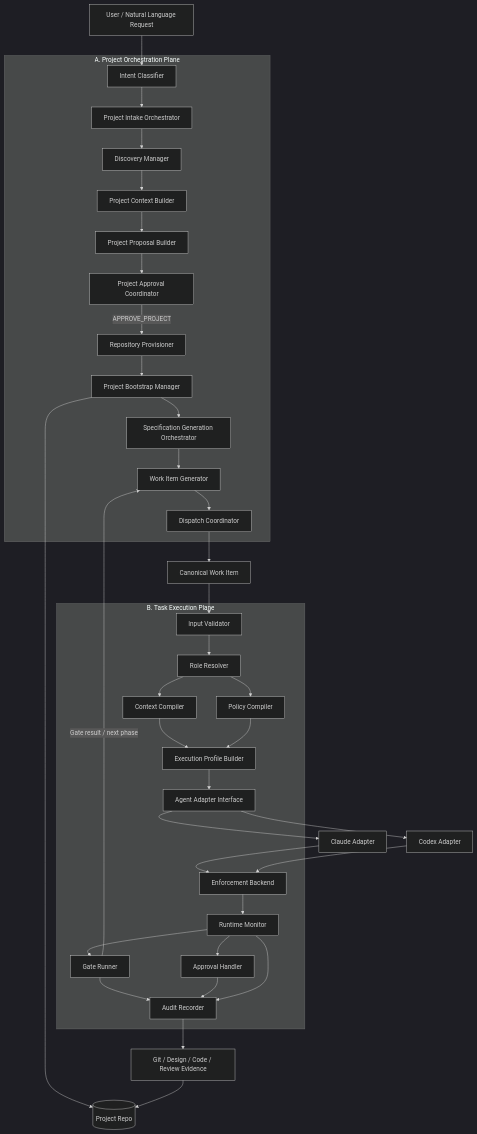
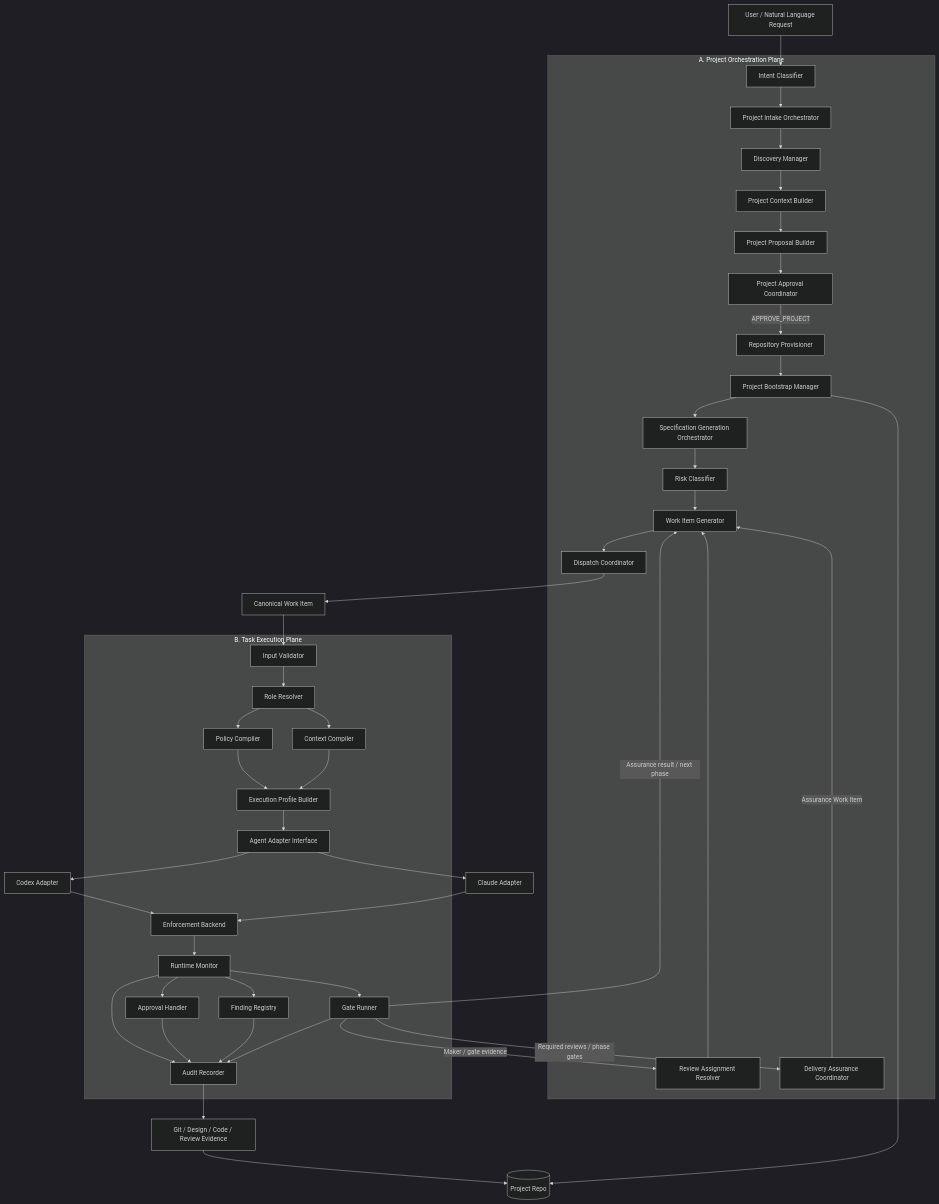
One commit to ivan-tsai1207/ai-system-delivery-framework changed the diagram in docs/harness_implementation_architecture.md. Above: the diagram before and after it, drawn with Mermaid (dark theme). The commit also changed other lines of this file and 30 other files, not shown here.

````diff
--- a/docs/harness_implementation_architecture.md
+++ b/docs/harness_implementation_architecture.md
@@ -37,62 +37,70 @@
 ```mermaid
 flowchart TD
     U["User / Natural Language Request"]
 
     subgraph OP["A. Project Orchestration Plane"]
         IC["Intent Classifier"]
         PIO["Project Intake Orchestrator"]
         DM["Discovery Manager"]
         PCB["Project Context Builder"]
         PPB["Project Proposal Builder"]
         PAC["Project Approval Coordinator"]
         RP["Repository Provisioner"]
         PBM["Project Bootstrap Manager"]
         SGO["Specification Generation Orchestrator"]
+        RC["Risk Classifier"]
         WIG["Work Item Generator"]
+        RAR["Review Assignment Resolver"]
+        DAC["Delivery Assurance Coordinator"]
         DC["Dispatch Coordinator"]
     end
 
     PR[("Project Repo")]
     WI["Canonical Work Item"]
 
     subgraph TP["B. Task Execution Plane"]
         IV["Input Validator"]
         RR["Role Resolver"]
         CC["Context Compiler"]
         PC["Policy Compiler"]
         EPB["Execution Profile Builder"]
         AA["Agent Adapter Interface"]
         ENF["Enforcement Backend"]
         RM["Runtime Monitor"]
         GR["Gate Runner"]
+        FR["Finding Registry"]
         AH["Approval Handler"]
         AR["Audit Recorder"]
     end
 
     CA["Claude Adapter"]
     CO["Codex Adapter"]
     OUT["Git / Design / Code / Review Evidence"]
 
     U --> IC --> PIO --> DM --> PCB --> PPB --> PAC
     PAC -->|"APPROVE_PROJECT"| RP --> PBM
     PBM --> PR
-    PBM --> SGO --> WIG --> DC --> WI --> IV
+    PBM --> SGO --> RC --> WIG --> DC --> WI --> IV
     IV --> RR
     RR --> CC
     RR --> PC
     CC --> EPB
     PC --> EPB
     EPB --> AA
     AA --> CA
     AA --> CO
     CA --> ENF
     CO --> ENF
     ENF --> RM
     RM --> GR
+    RM --> FR
     RM --> AH
     GR --> AR
+    FR --> AR
     AH --> AR
     RM --> AR
     AR --> OUT --> PR
-    GR -->|"Gate result / next phase"| WIG
+    GR -->|"Maker / gate evidence"| RAR --> WIG
+    GR -->|"Required reviews / phase gates"| DAC -->|"Assurance Work Item"| WIG
+    GR -->|"Assurance result / next phase"| WIG
 ```
````
